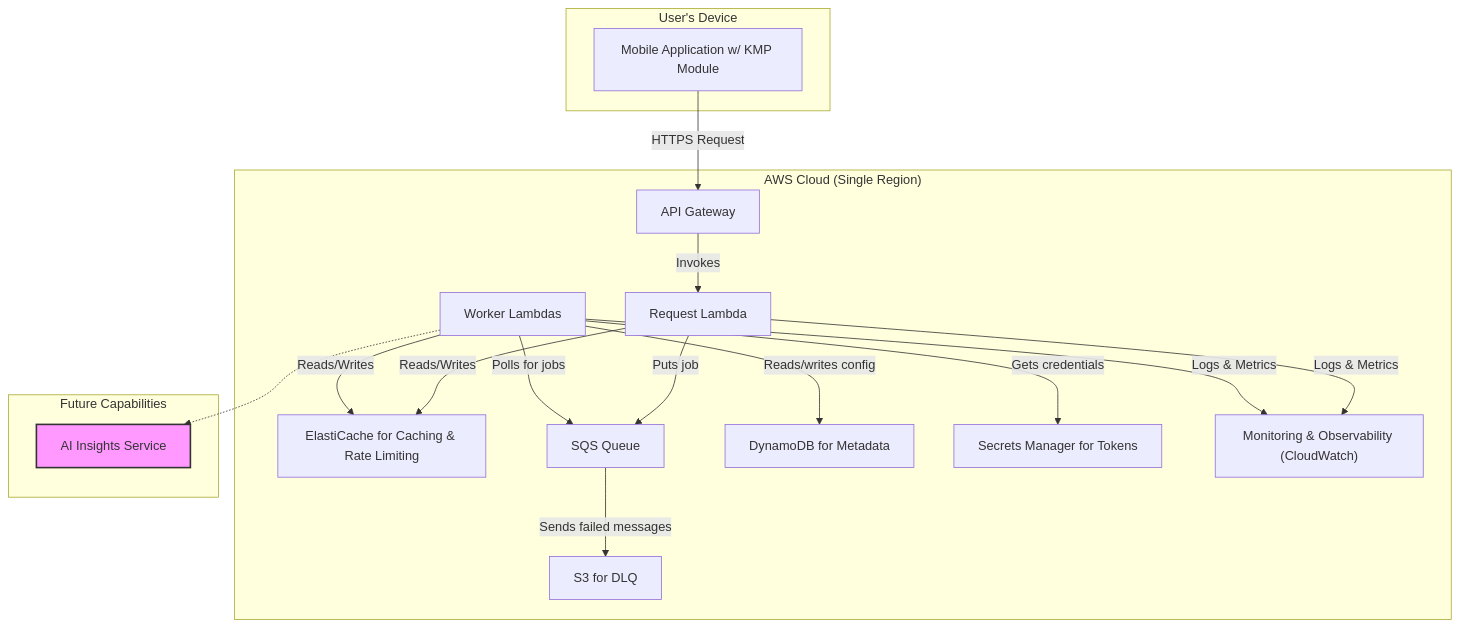
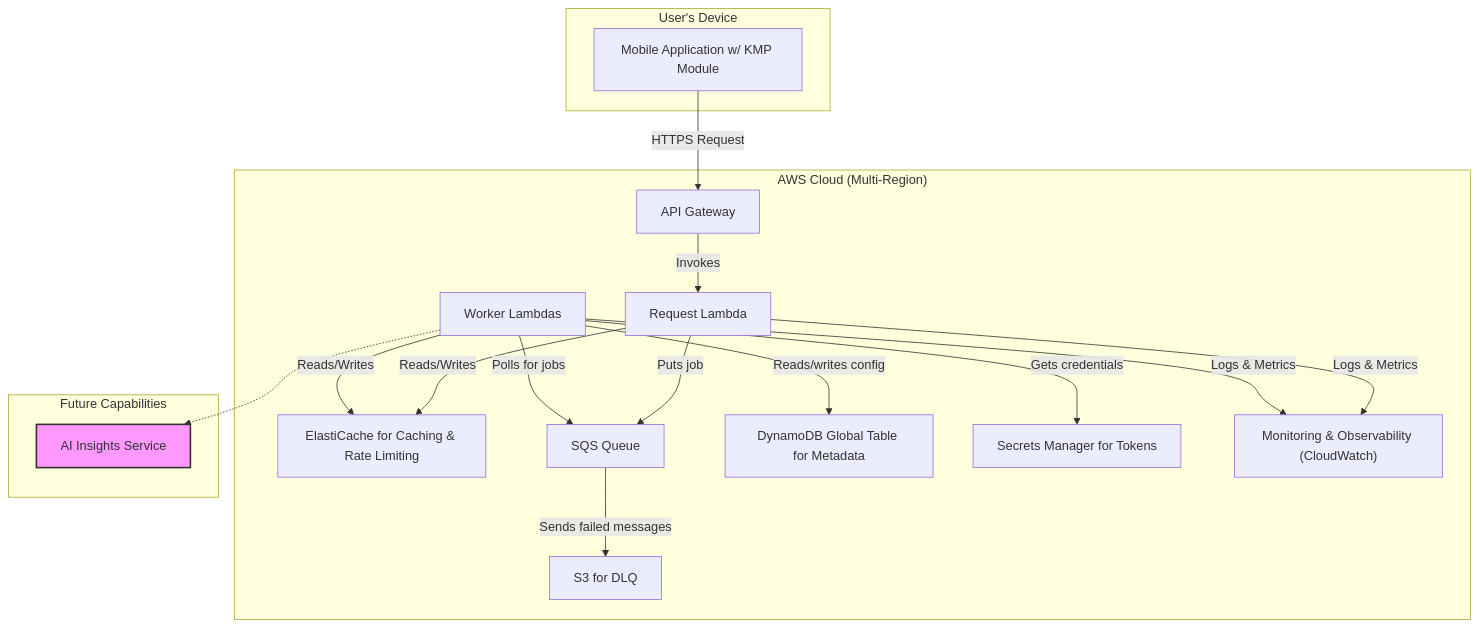
The second of 3 diagrams in 06-technical-architecture.md (dino10bit/healthsync), drawn with Mermaid before and after one commit. The commit also changed other lines of this file, not shown here.

First line of the commit message:
Re-architect for Global Multi-Region Deployment

````diff
--- a/06-technical-architecture.md
+++ b/06-technical-architecture.md
@@ -67,37 +67,37 @@
 ```mermaid
 graph TD
-    subgraph "AWS Cloud (Single Region)"
+    subgraph "AWS Cloud (Multi-Region)"
         APIGateway[API Gateway]
         ElastiCache[ElastiCache for Caching & Rate Limiting]
         RequestLambda[Request Lambda]
         SQSQueue[SQS Queue]
         WorkerLambda[Worker Lambdas]
-        DynamoDB[DynamoDB for Metadata]
+        DynamoDB[DynamoDB Global Table for Metadata]
         SecretsManager[Secrets Manager for Tokens]
         S3[S3 for DLQ]
         Observability["Monitoring & Observability (CloudWatch)"]
     end
 
     subgraph "Future Capabilities"
         style AI_Service fill:#f9f,stroke:#333,stroke-width:2px
         AI_Service[AI Insights Service]
     end
 
     subgraph "User's Device"
         MobileApp[Mobile Application w/ KMP Module]
     end
 
     MobileApp -- HTTPS Request --> APIGateway
     APIGateway -- Invokes --> RequestLambda
     RequestLambda -- Puts job --> SQSQueue
     RequestLambda -- Reads/Writes --> ElastiCache
     WorkerLambda -- Polls for jobs --> SQSQueue
     WorkerLambda -- Reads/writes config --> DynamoDB
     WorkerLambda -- Gets credentials --> SecretsManager
     WorkerLambda -- Reads/Writes --> ElastiCache
     WorkerLambda -.-> AI_Service
     SQSQueue -- Sends failed messages --> S3
 
     RequestLambda -- Logs & Metrics --> Observability
     WorkerLambda -- Logs & Metrics --> Observability
 ```
````
